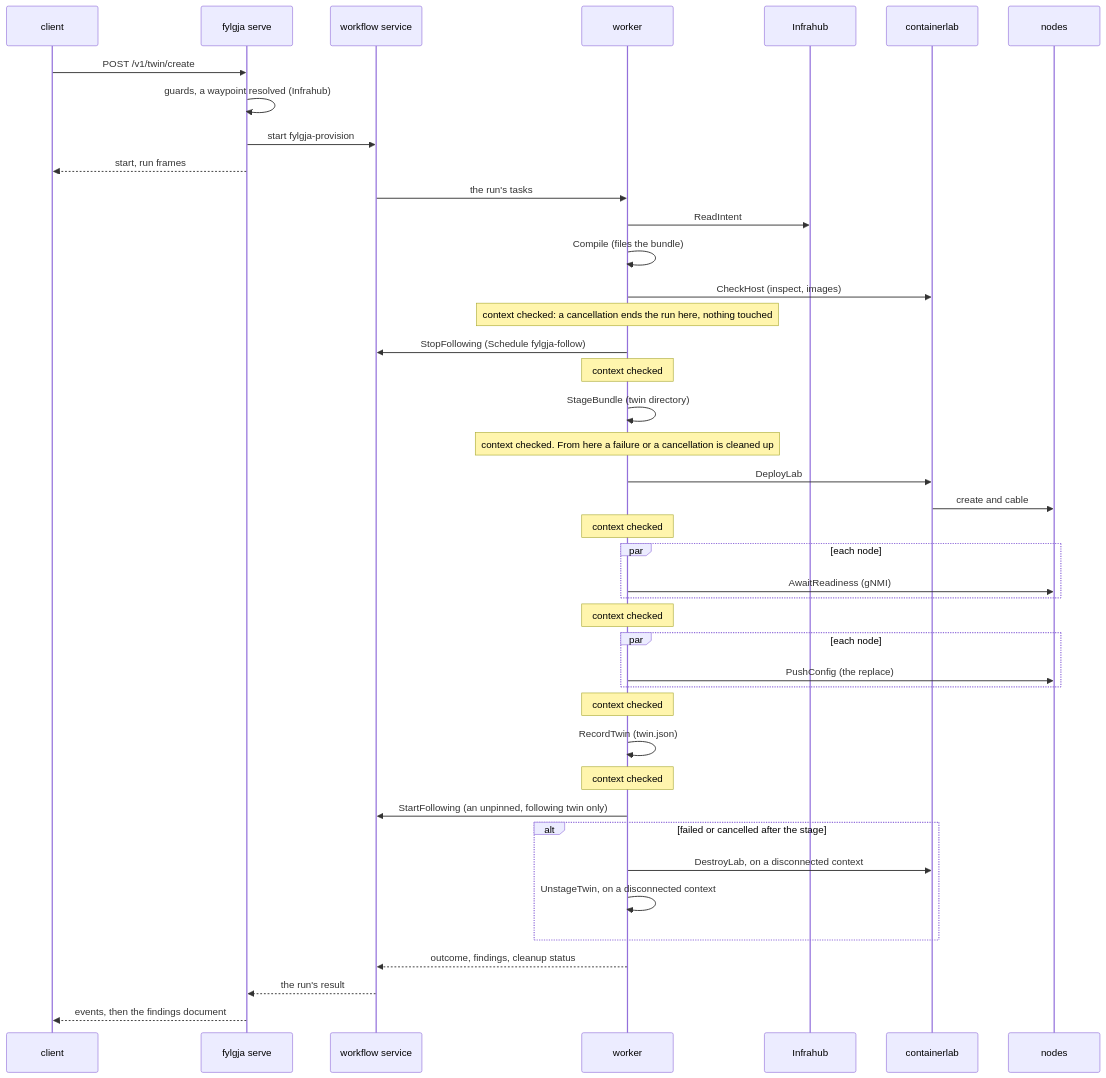
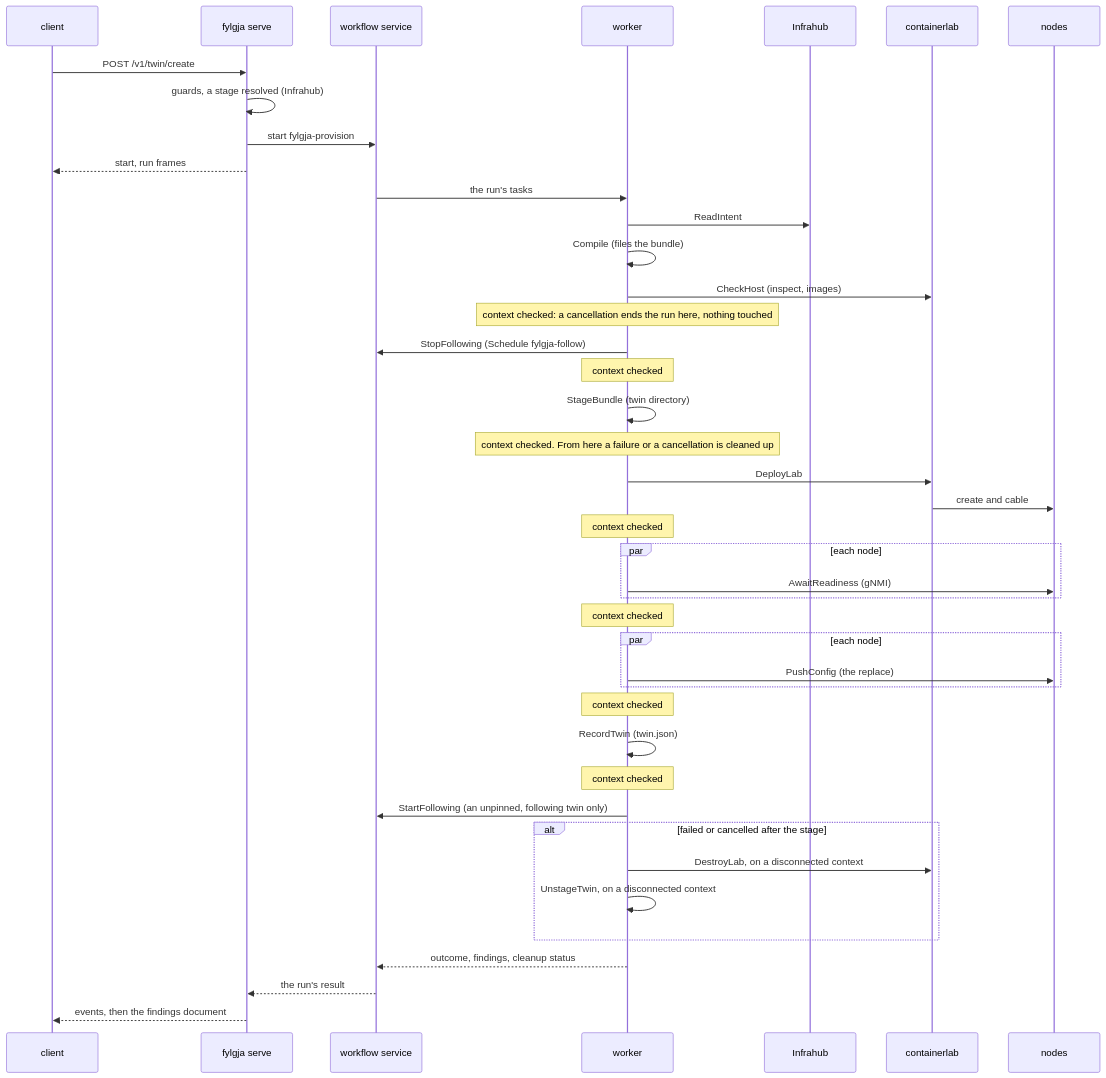
One commit to happypathnetworking/fylgja changed the third of 4 diagrams in docs/architecture.md. Above: the diagram before and after it, drawn with Mermaid. The commit also changed other lines of this file, not shown here.

First line of the commit message:
docs(architecture): stages in place of waypoints

````diff
--- a/docs/architecture.md
+++ b/docs/architecture.md
@@ -563,44 +603,44 @@
 ```mermaid
 sequenceDiagram
     participant C as client
     participant S as fylgja serve
     participant T as workflow service
     participant W as worker
     participant I as Infrahub
     participant L as containerlab
     participant N as nodes
     C->>S: POST /v1/twin/create
-    S->>S: guards, a waypoint resolved (Infrahub)
+    S->>S: guards, a stage resolved (Infrahub)
     S->>T: start fylgja-provision
     S-->>C: start, run frames
     T->>W: the run's tasks
     W->>I: ReadIntent
     W->>W: Compile (files the bundle)
     W->>L: CheckHost (inspect, images)
     Note over W: context checked: a cancellation ends the run here, nothing touched
     W->>T: StopFollowing (Schedule fylgja-follow)
     Note over W: context checked
     W->>W: StageBundle (twin directory)
     Note over W: context checked. From here a failure or a cancellation is cleaned up
     W->>L: DeployLab
     L->>N: create and cable
     Note over W: context checked
     par each node
         W->>N: AwaitReadiness (gNMI)
     end
     Note over W: context checked
     par each node
         W->>N: PushConfig (the replace)
     end
     Note over W: context checked
     W->>W: RecordTwin (twin.json)
     Note over W: context checked
     W->>T: StartFollowing (an unpinned, following twin only)
     alt failed or cancelled after the stage
         W->>L: DestroyLab, on a disconnected context
         W->>W: UnstageTwin, on a disconnected context
     end
     W-->>T: outcome, findings, cleanup status
     T-->>S: the run's result
     S-->>C: events, then the findings document
 ```
````
